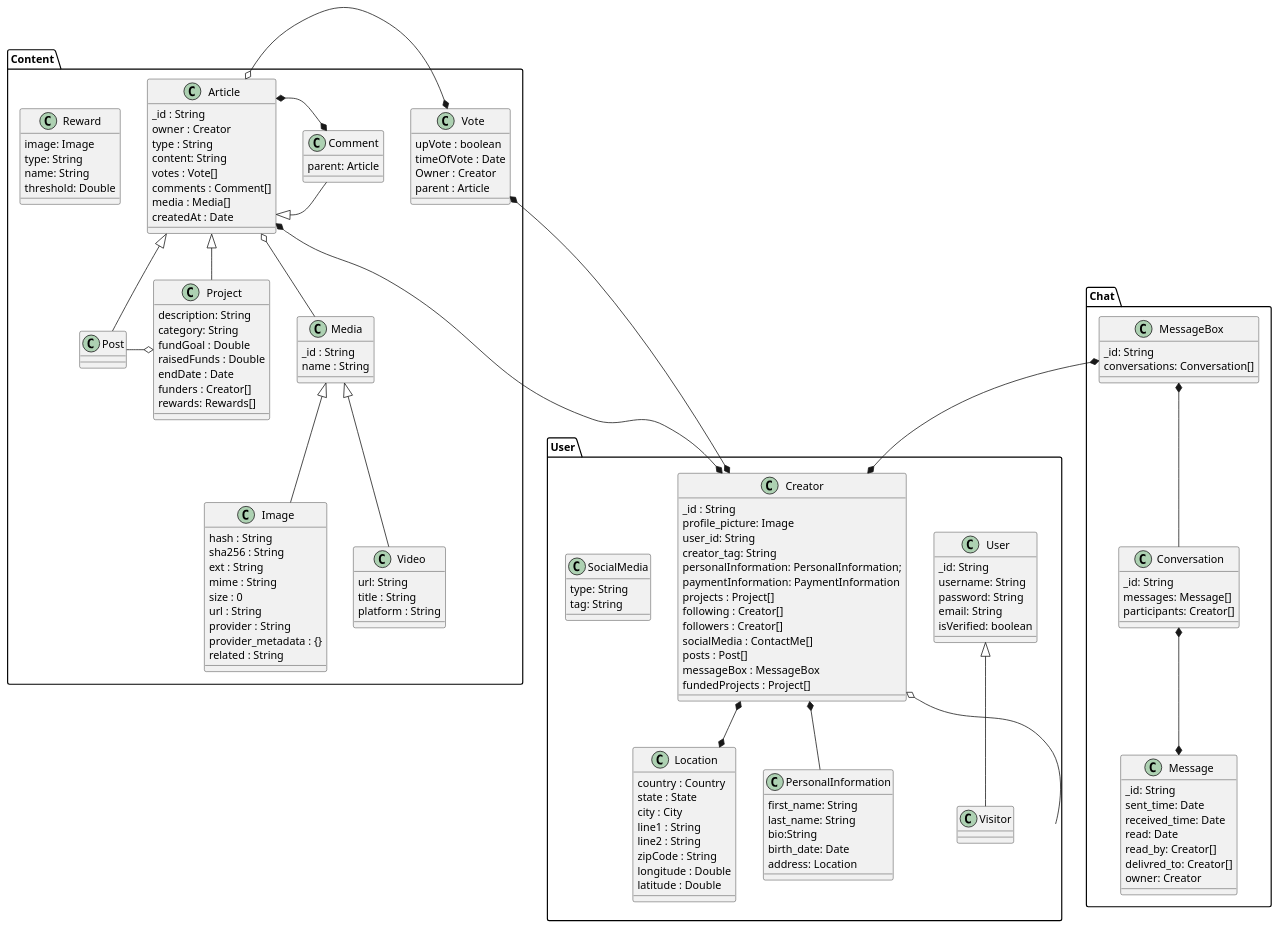
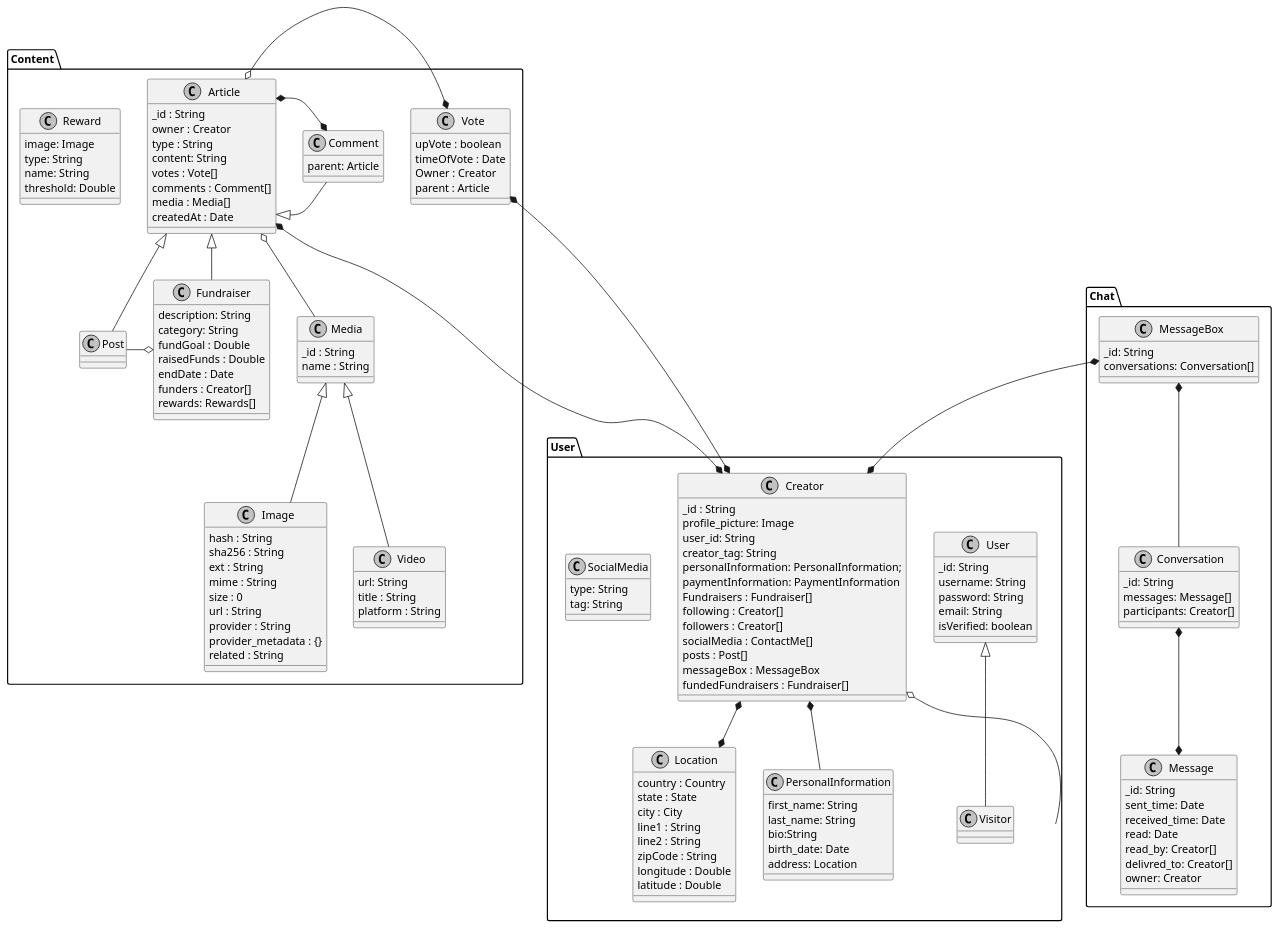
One commit to mlnomadpy/Sahem changed the diagram in Conception/Diagrams/plantUml/Class Diagrams/User.puml. Above: the diagram before and after it, drawn with PlantUML. The commit also changed 66 other files, not shown here.

```diff
--- a/Conception/Diagrams/plantUml/Class Diagrams/User.puml
+++ b/Conception/Diagrams/plantUml/Class Diagrams/User.puml
@@ -1,168 +1,169 @@
 @startuml User
+skinparam monochrome true
 
 
 package Content{
     class Post extends Article{
     }
     class Vote{
         upVote : boolean
         timeOfVote : Date
         Owner : Creator
         parent : Article
     }
-    class Project extends Article{
+    class Fundraiser extends Article{
         description: String
         category: String
         fundGoal : Double
         raisedFunds : Double
         endDate : Date
         funders : Creator[]
         rewards: Rewards[]
     }
 
     class Comment extends Article{
         parent: Article
     }
     class Article{
         _id : String
         owner : Creator
         type : String
         content: String
         votes : Vote[]
         comments : Comment[]
         media : Media[]
         createdAt : Date
 
     }
     class Media{
         _id : String
         name : String
 
 
     }
     class Image extends Media{
         hash : String
         sha256 : String
         ext : String
         mime : String
         size : 0
         url : String
         provider : String
         provider_metadata : {}
         related : String
 
     }
     class Video extends Media{
         url: String
         title : String
         platform : String
     }
     class Reward {
         image: Image
         type: String
         name: String
         threshold: Double
     }
     Article o-* Vote
     Article *-right-* Comment
-    Project o-left- Post
+    Fundraiser o-left- Post
     Article o-- Media
 
 }
 package Chat {
 
     class MessageBox{
         _id: String
         conversations: Conversation[]
     }
     class Conversation{
         _id: String
         messages: Message[]
         participants: Creator[]
     }
     class Message{
         _id: String
         sent_time: Date
         received_time: Date
         read: Date
         read_by: Creator[]
         delivred_to: Creator[]
         owner: Creator
     }
 
 
 }
 
 package User{
 
     class User {
         _id: String
         username: String
         password: String
         email: String
         isVerified: boolean
     }
 
     
 
     class Creator{
         _id : String
         profile_picture: Image
         user_id: String
         creator_tag: String
         personalInformation: PersonalInformation;
         paymentInformation: PaymentInformation
-        projects : Project[]
+        Fundraisers : Fundraiser[]
         following : Creator[]
         followers : Creator[]
         socialMedia : ContactMe[]
         posts : Post[]
         messageBox : MessageBox
-        fundedProjects : Project[]
+        fundedFundraisers : Fundraiser[]
     }
 
     class Visitor extends User{
 
     }
 
     class Location{
         country : Country
         state : State
         city : City
         line1 : String
         line2 : String
         zipCode : String
         longitude : Double
         latitude : Double
     }
 
     class SocialMedia{
         type: String
         tag: String
     }
 
     class PersonalInformation{
         first_name: String
         last_name: String
         bio:String
         birth_date: Date
         address: Location
 
     }
 }
 
 
 
 MessageBox  *--*  Creator
 
 Article  *--*  Creator
 
 Creator *--* Location
 Creator *-- PersonalInformation
 Vote  *---*  Creator
 Creator o-- User
 MessageBox  *-down-  Conversation
 Message  *-up-*  Conversation
 
 
 @enduml
```
